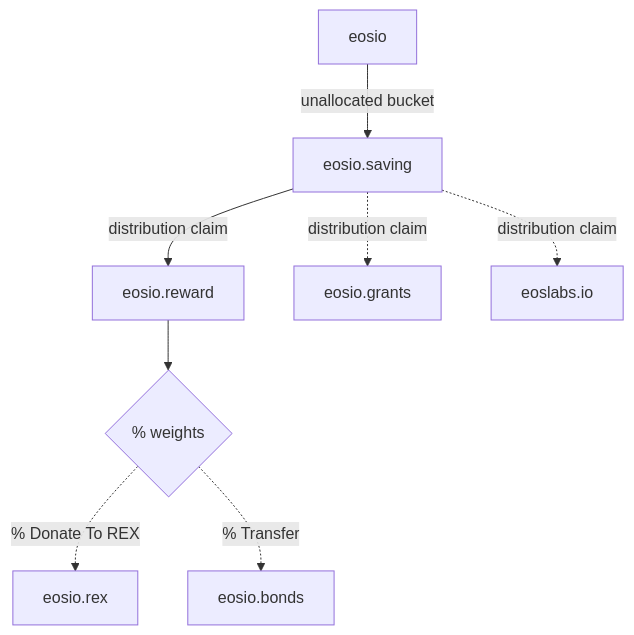
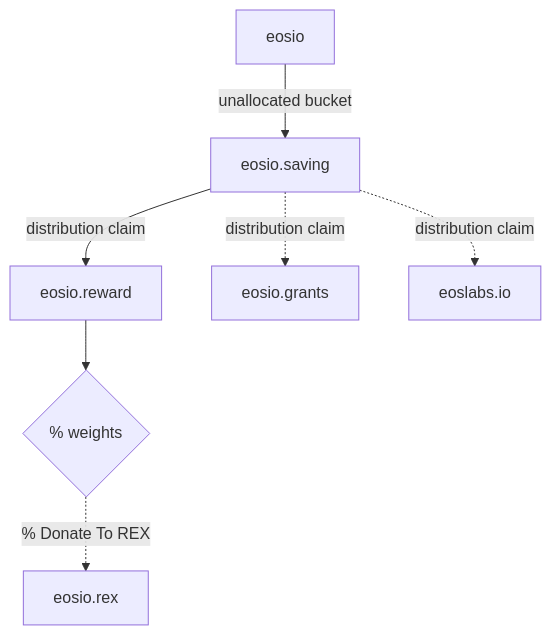
The diagram in README.md (eosnetworkfoundation/eosio.reward), drawn with Mermaid before and after one commit. The commit also changed other lines of this file, not shown here.

Commit message:
update diagram

````diff
--- a/README.md
+++ b/README.md
@@ -7,10 +7,9 @@
 ```mermaid
 graph TD
     eosio --> |unallocated bucket| eosio.saving
     eosio.saving --> |distribution claim| eosio.reward
     eosio.saving -.-> |distribution claim| eosio.grants
     eosio.saving -.-> |distribution claim| eoslabs.io
     eosio.reward --> weights{% weights}
     weights -.-> |% Donate To REX| eosio.rex
-    weights -.-> |% Transfer| eosio.bonds
 ```
````
